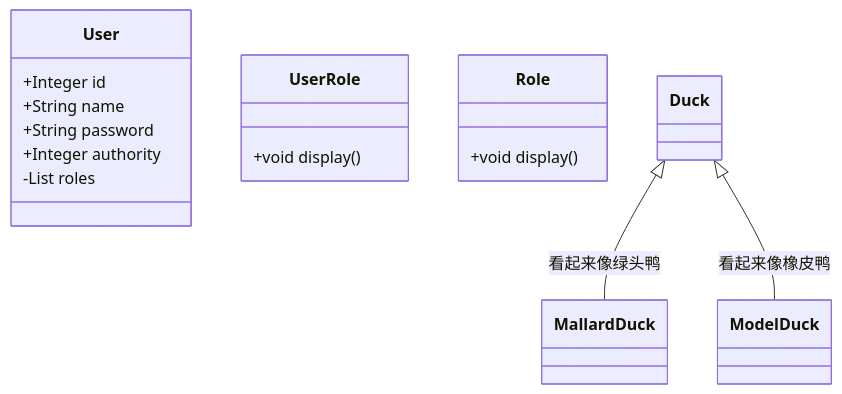
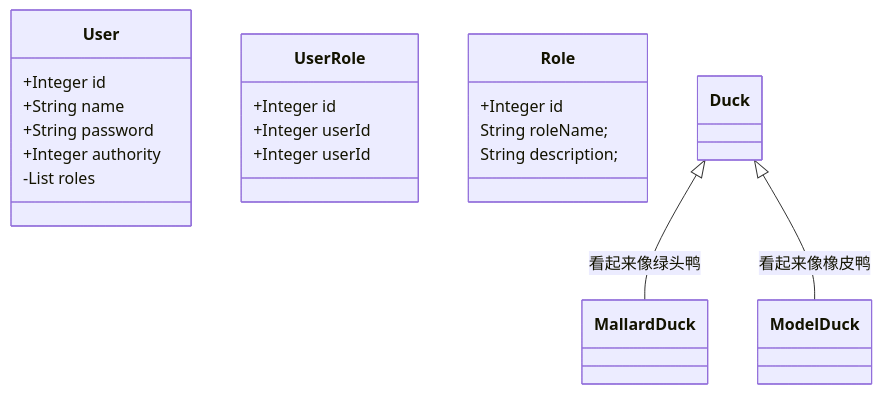
The diagram in 计算机/JavaWeb/后端/SpringBoot/2-2 MyBatis Plus.md (poppop9/obsidian), drawn with Mermaid before and after one commit. The commit also changed 2 other files, not shown here.

Commit message:
vault backup: 2024-06-14 21:11:49

````diff
--- a/计算机/JavaWeb/后端/SpringBoot/2-2 MyBatis Plus.md
+++ b/计算机/JavaWeb/后端/SpringBoot/2-2 MyBatis Plus.md
@@ -466,21 +466,25 @@
 ```mermaid
 classDiagram
     class User {
 		+Integer id
         +String name
         +String password
         +Integer authority
         -List<String> roles
     }
     
     class UserRole {
-        +void display()
+        +Integer id
+        +Integer userId
+        +Integer userId
     }
     class Role {
-        +void display()
+        +Integer id
+        String roleName;
+        String description;
     }
     
     Duck <|-- MallardDuck : 看起来像绿头鸭
     Duck <|-- ModelDuck : 看起来像橡皮鸭
 
 ```
````
